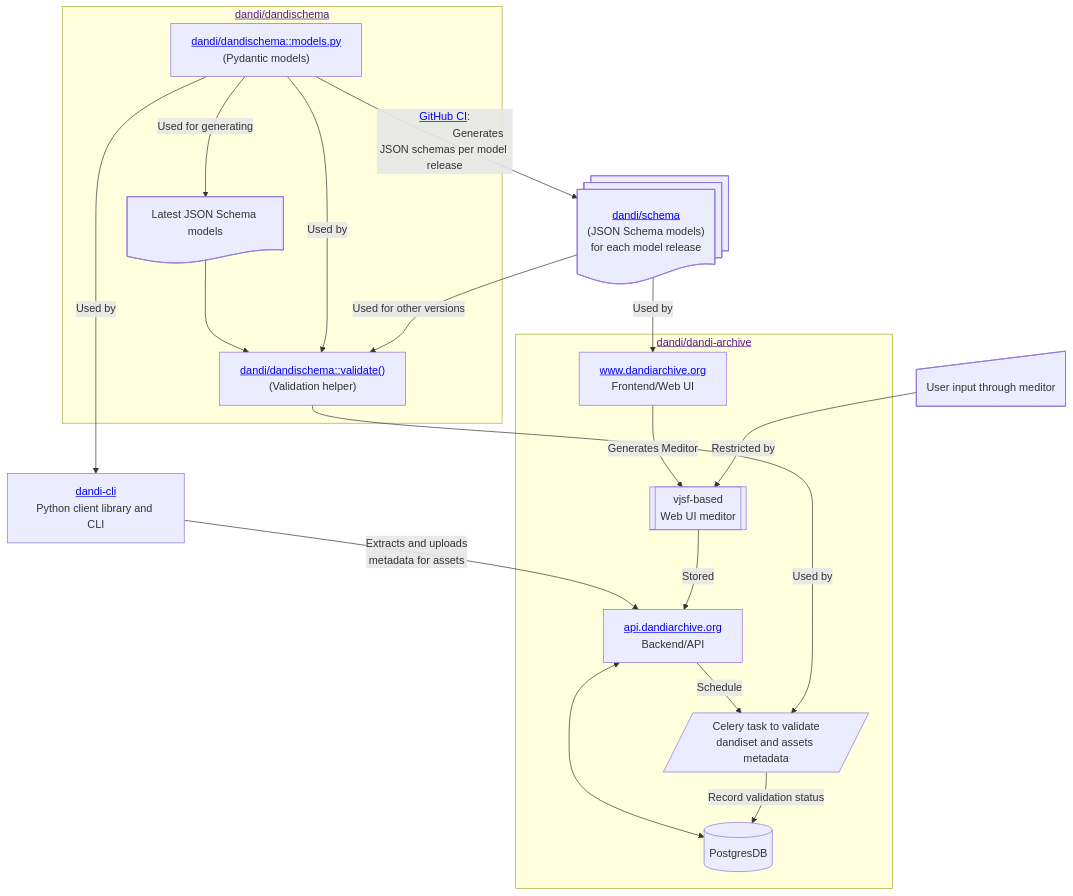
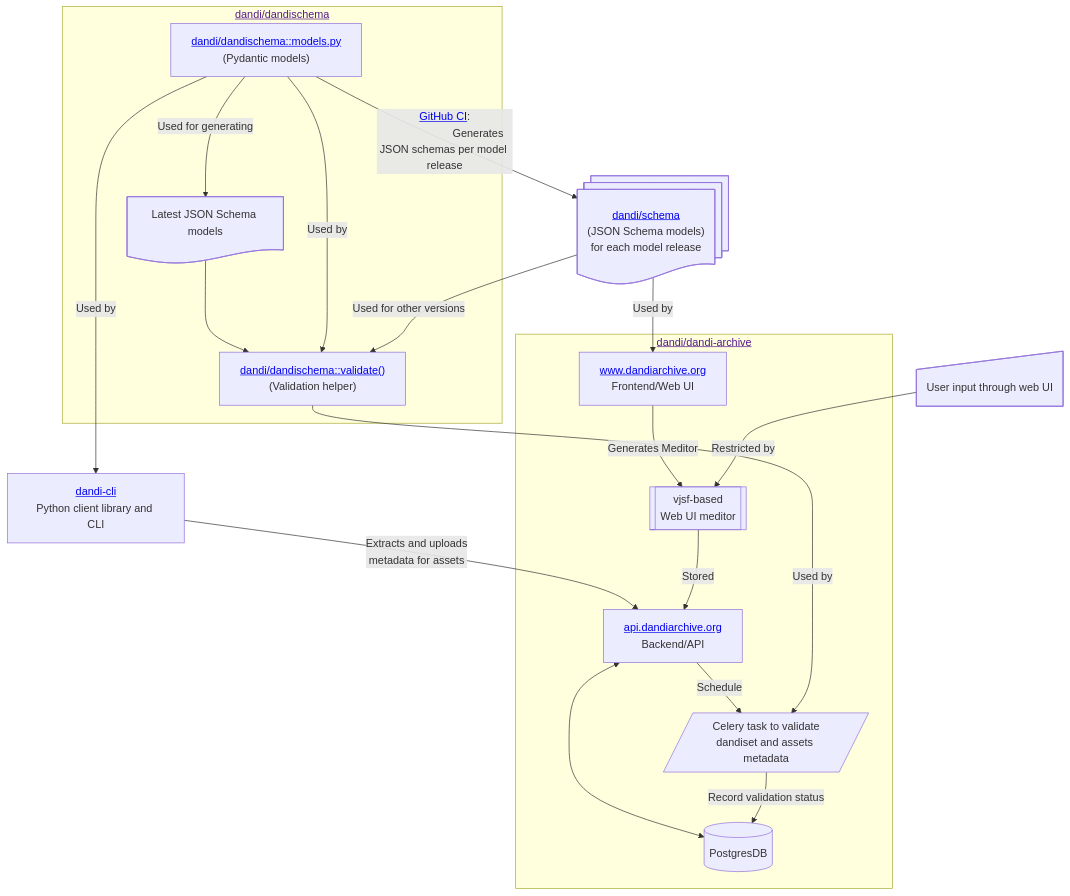
Before and after one commit to candleindark/dandi-models-mermaid: the diagram in dandi-models.mmd, drawn with Mermaid.

Commit message:
Rename node from `meditor_input` to `web_input`

```diff
--- a/dandi-models.mmd
+++ b/dandi-models.mmd
@@ -1,55 +1,55 @@
 flowchart TD
     dandi_json["<a href='https://github.com/dandi/schema'>dandi/schema</a><br/>(JSON Schema models)<br/>for each model release"]@{ shape: docs }
     dandi_cli["<a href='https://github.com/dandi/dandi-cli'>dandi-cli</a><br/>Python client library and CLI"]
-    meditor_input["User input through meditor"]@{ shape: manual-input }
+    web_input["User input through web UI"]@{ shape: manual-input }
 
     subgraph "<a href=''>dandi/dandischema</a>"
         %% nodes
         dandi_pydantic["<a href='https://github.com/dandi/dandi-schema/blob/master/dandischema/models.py'>dandi/dandischema::models.py</a><br/>(Pydantic models)"]
         dandi_validate["<a href='https://github.com/dandi/dandi-schema/blob/c3007768e002c9f51ea37b5e6b3628f7f7f20943/dandischema/metadata.py#L195'>dandi/dandischema::validate()</a><br/>(Validation helper)"]
         dandi_json_runtime[Latest JSON Schema models]@{ shape: doc }
 
         %% edges
         dandi_pydantic -->|Used for generating| dandi_json_runtime --> dandi_validate
     end
 
     subgraph "<a href=''>dandi/dandi-archive</a>"
         %% nodes
         dandi_archive_db[(PostgresDB)]
         dandi_archive_backend["<a href='https://api.dandiarchive.org'>api.dandiarchive.org</a><br/>Backend/API"]
         dandi_archive_frontend["<a href='https://www.dandiarchive.org'>www.dandiarchive.org</a><br/>Frontend/Web UI"]
         %% user_input_data["User input data"]@{ shape: manual-input }
         meditor[[vjsf-based<br/>Web UI meditor]]
         dandi_archive_validate[/Celery task to validate<br/>dandiset and assets metadata/]
     end
 
     dandi_pydantic -->|<a href="https://github.com/dandi/dandi-schema/blob/master/.github/workflows/release.yml">GitHub CI</a>:
                        Generates JSON schemas per model release| dandi_json
 
     %% dandi/dandischema does use JSON schema models during validation
 
     dandi_pydantic -->|Used by| dandi_cli
     dandi_pydantic -->|Used by| dandi_validate
     dandi_json -->|Used for other versions| dandi_validate
 
     dandi_archive_backend --> |Schedule| dandi_archive_validate
     dandi_archive_backend <--->  dandi_archive_db
     dandi_validate -->|Used by| dandi_archive_validate
     %%?? dandi_validate -->|Used by| dandi_cli
 
     %% dandi_json -->|Used by| dandi_archive_backend
     dandi_json -->|Used by| dandi_archive_frontend
 
 
     %% datasets[NWB/BIDS]
     %% user_input_data --> |Expressed as| datasets
     %%  datasets --> |Extracts metadata by| dandi_cli
     dandi_cli --> |Extracts and uploads<br/>metadata for assets| dandi_archive_backend
     %% We always upload Asset pyndatic model, but it might be minimally
     %% populated if there was an error while extracting metadata
 
     dandi_archive_frontend --> |Generates Meditor| meditor
-    meditor_input --> | Restricted by| meditor
+    web_input --> | Restricted by| meditor
     meditor --> |Stored| dandi_archive_backend
 
     dandi_archive_validate --> |Record validation status| dandi_archive_db
```
